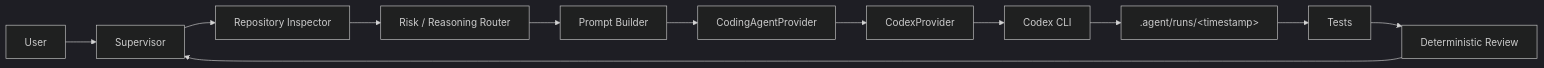
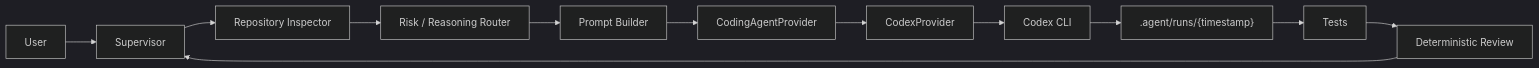
The first of 2 diagrams in docs/architecture.md (egeyasar0/auto-dev-orchestrator), drawn with Mermaid (dark theme) before and after one commit. The commit also changed 1 other file, not shown here.

Commit message:
Polish GitHub README links and rendering

````diff
--- a/docs/architecture.md
+++ b/docs/architecture.md
@@ -5,14 +5,14 @@
 ```mermaid
 flowchart LR
   User["User"] --> Supervisor["Supervisor"]
   Supervisor --> Inspector["Repository Inspector"]
   Inspector --> Router["Risk / Reasoning Router"]
   Router --> Prompt["Prompt Builder"]
   Prompt --> Interface["CodingAgentProvider"]
   Interface --> CodexProvider["CodexProvider"]
   CodexProvider --> CodexCLI["Codex CLI"]
-  CodexCLI --> Artifacts[".agent/runs/&lt;timestamp&gt;"]
+  CodexCLI --> Artifacts[".agent/runs/{timestamp}"]
   Artifacts --> Tests["Tests"]
   Tests --> Review["Deterministic Review"]
   Review --> Supervisor
 ```
````
